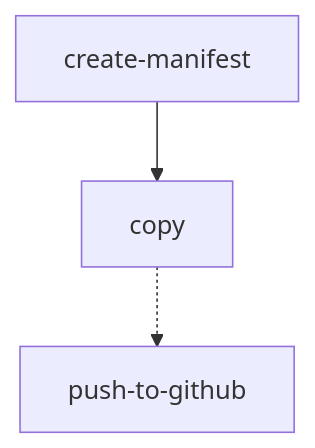
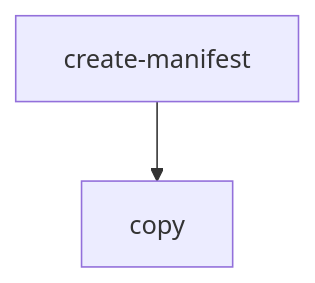
The second of 3 diagrams in workflows/raster/README.md (linz/topo-workflows), drawn with Mermaid before and after one commit. The commit also changed other lines of this file, not shown here.

````diff
--- a/workflows/raster/README.md
+++ b/workflows/raster/README.md
@@ -192,4 +192,4 @@
 ```mermaid
 graph TD;
-  create-manifest-->copy-.->push-to-github;
+  create-manifest-->copy;
 ```
````
